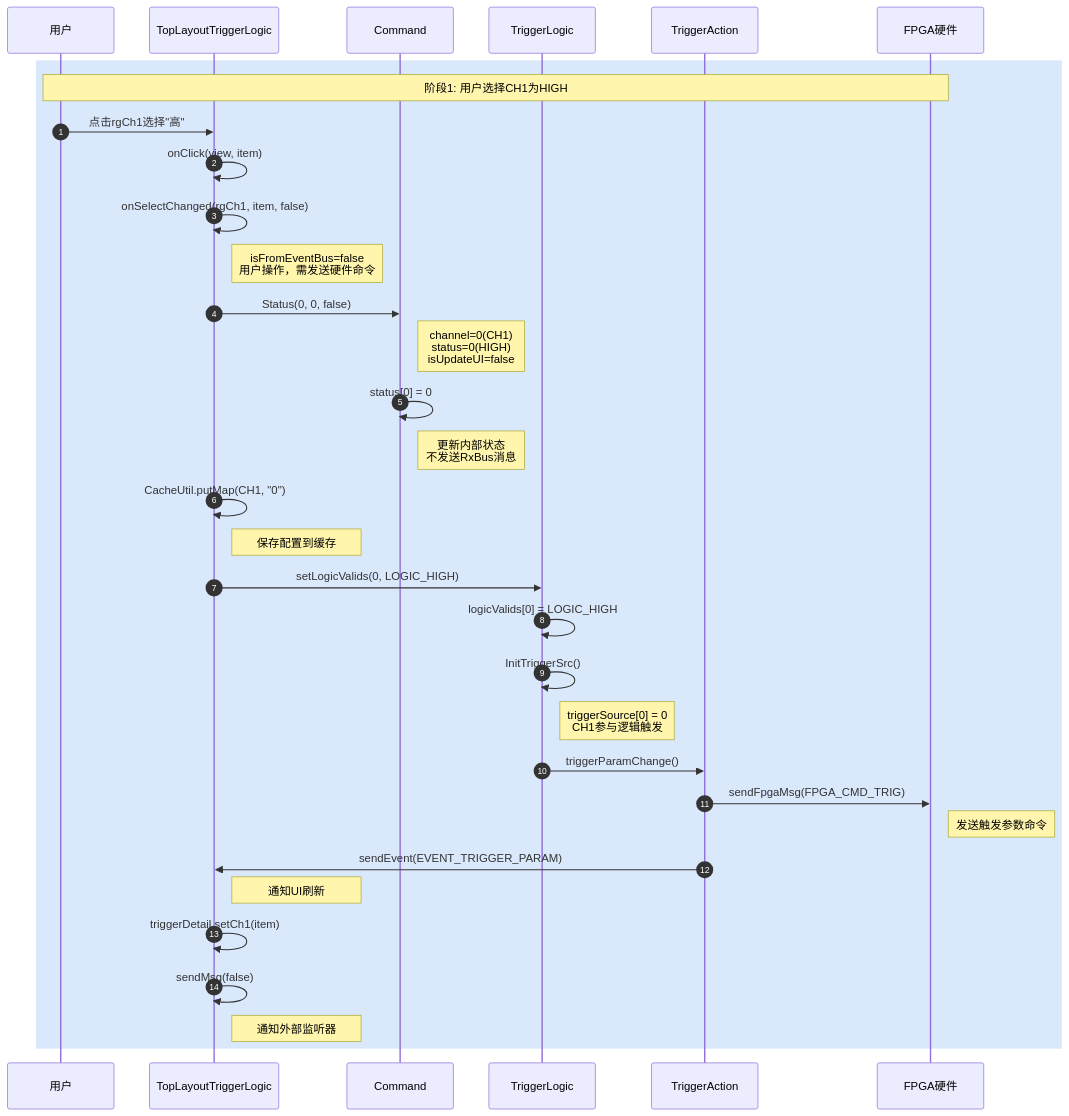
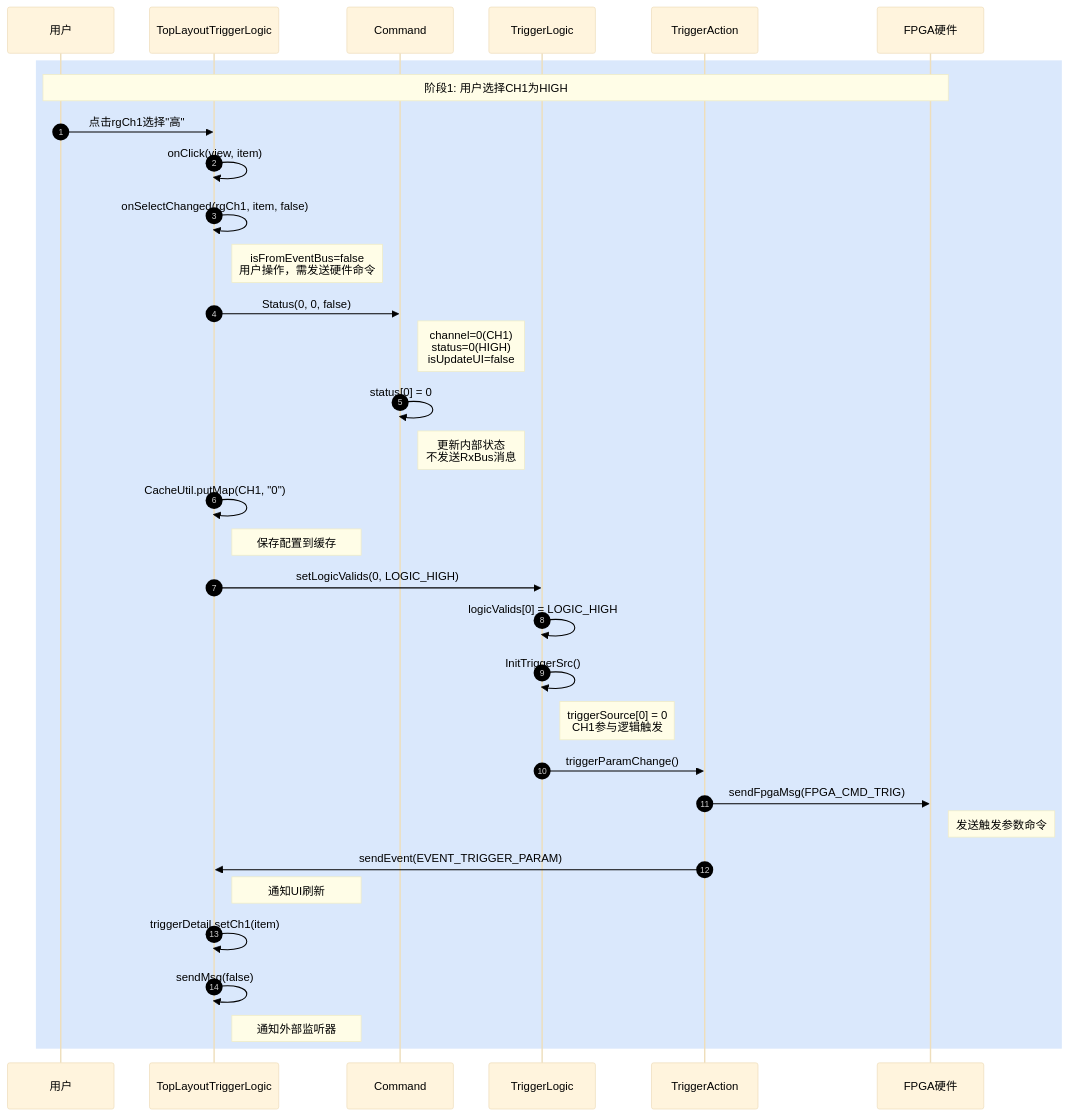
One commit to beginbeyond2/mic changed the second of 8 diagrams in 逻辑触发器数据流程.md. Above: the diagram before and after it, drawn with Mermaid. The commit also changed other lines of this file and 39 other files, not shown here.

````diff
--- a/逻辑触发器数据流程.md
+++ b/逻辑触发器数据流程.md
@@ -72,41 +74,42 @@
 ```mermaid
+%%{init: {'theme': 'base', 'themeVariables': { 'primaryTextColor': '#000', 'secondaryTextColor': '#000', 'tertiaryTextColor': '#000', 'lineColor': '#333', 'textColor': '#000', 'noteBkgColor': '#fffde7', 'noteTextColor': '#000'}}}%%
 sequenceDiagram
     autonumber
     participant U as 用户
     participant UI as TopLayoutTriggerLogic
     participant CMD as Command
     participant TL as TriggerLogic
     participant TA as TriggerAction
     participant FPGA as FPGA硬件
 
     rect rgb(218, 232, 252)
         Note over U,FPGA: 阶段1: 用户选择CH1为HIGH
         U->>UI: 点击rgCh1选择"高"
         UI->>UI: onClick(view, item)
         UI->>UI: onSelectChanged(rgCh1, item, false)
         Note right of UI: isFromEventBus=false<br/>用户操作，需发送硬件命令
 
         UI->>CMD: Status(0, 0, false)
         Note right of CMD: channel=0(CH1)<br/>status=0(HIGH)<br/>isUpdateUI=false
         CMD->>CMD: status[0] = 0
         Note right of CMD: 更新内部状态<br/>不发送RxBus消息
 
         UI->>UI: CacheUtil.putMap(CH1, "0")
         Note right of UI: 保存配置到缓存
 
         UI->>TL: setLogicValids(0, LOGIC_HIGH)
         TL->>TL: logicValids[0] = LOGIC_HIGH
         TL->>TL: InitTriggerSrc()
         Note right of TL: triggerSource[0] = 0<br/>CH1参与逻辑触发
 
         TL->>TA: triggerParamChange()
         TA->>FPGA: sendFpgaMsg(FPGA_CMD_TRIG)
         Note right of FPGA: 发送触发参数命令
         TA->>UI: sendEvent(EVENT_TRIGGER_PARAM)
         Note right of UI: 通知UI刷新
 
         UI->>UI: triggerDetail.setCh1(item)
         UI->>UI: sendMsg(false)
         Note right of UI: 通知外部监听器
     end
 ```
````
